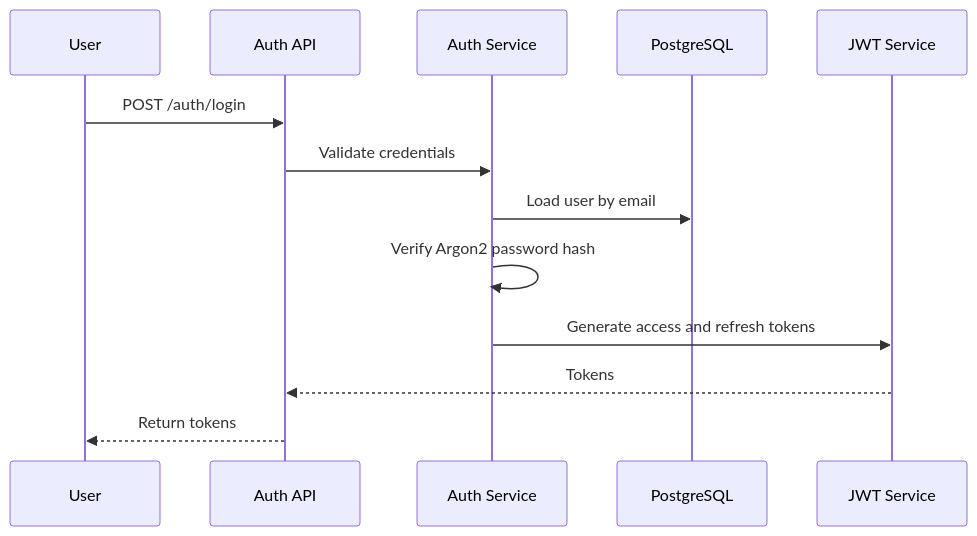
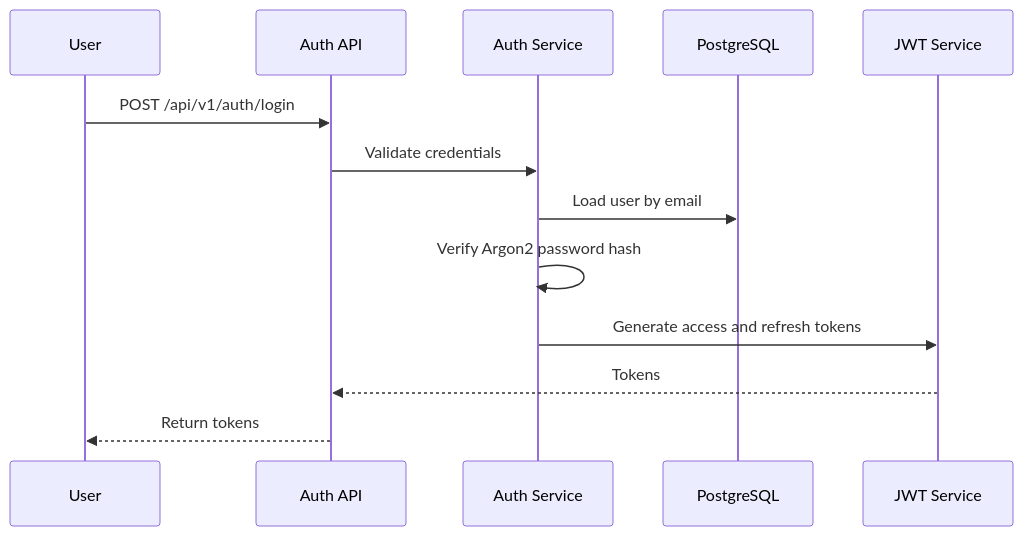
One commit to murali-yandra/personal-finance-platform changed diagram 13 of 16 in architecture/07-sequence_diagrams.md. Above: the diagram before and after it, drawn with Mermaid. The commit also changed other lines of this file and 8 other files, not shown here.

Commit message:
Update authentication architecture and API docs

````diff
--- a/architecture/07-sequence_diagrams.md
+++ b/architecture/07-sequence_diagrams.md
@@ -784,16 +786,16 @@
 ```mermaid
 sequenceDiagram
     participant User as User
     participant API as Auth API
     participant Auth as Auth Service
     participant DB as PostgreSQL
     participant JWT as JWT Service
 
-    User->>API: POST /auth/login
+    User->>API: POST /api/v1/auth/login
     API->>Auth: Validate credentials
     Auth->>DB: Load user by email
     Auth->>Auth: Verify Argon2 password hash
     Auth->>JWT: Generate access and refresh tokens
     JWT-->>API: Tokens
     API-->>User: Return tokens
 ```
````
